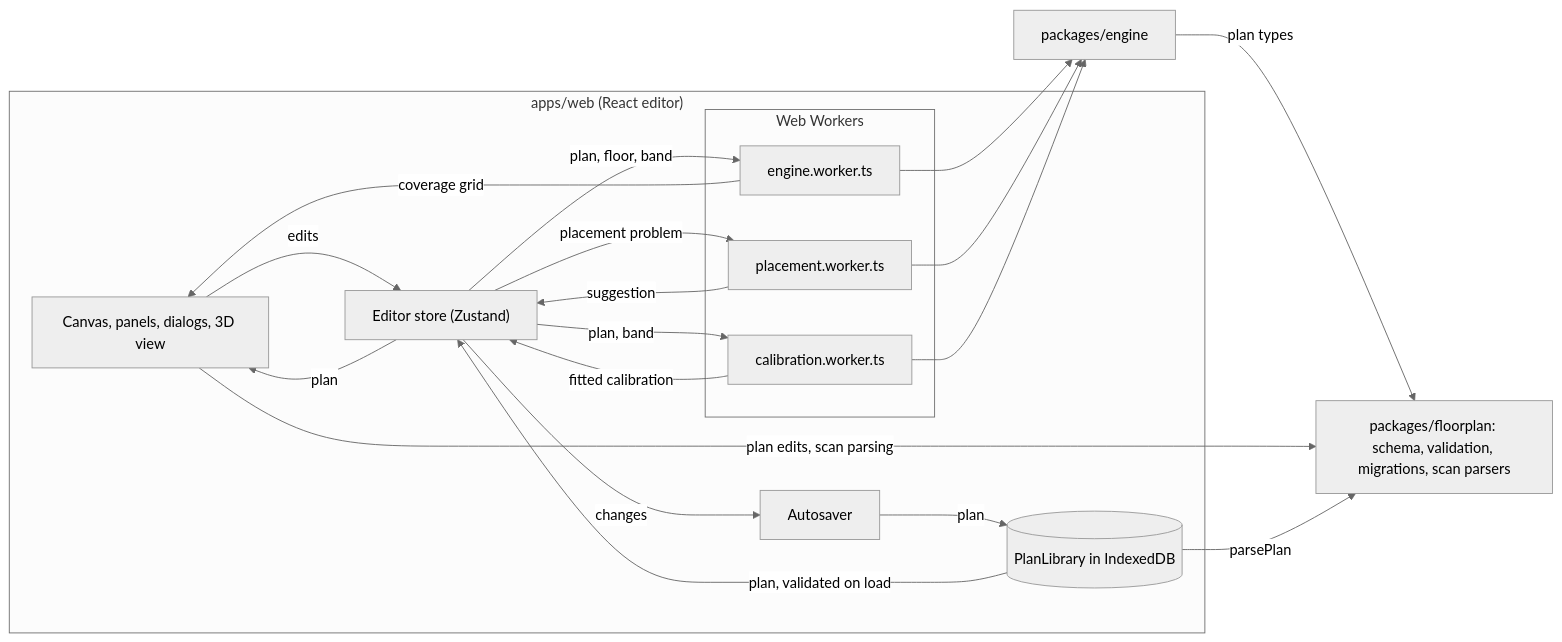
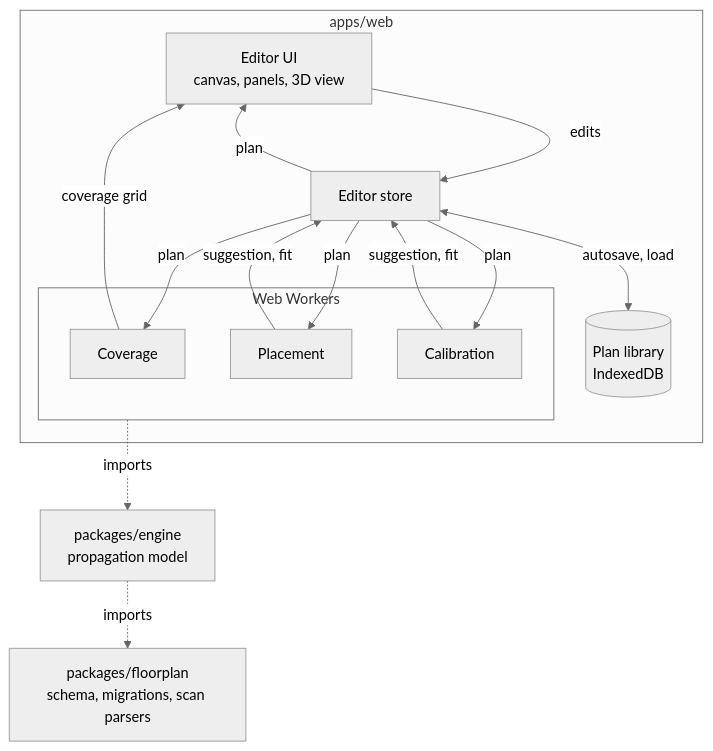
One commit to NC4321/SignalPlan changed the diagram in README.md. Above: the diagram before and after it, drawn with Mermaid (neutral theme). The commit also changed other lines of this file and 4 other files, not shown here.

First line of the commit message:
docs: fix the readme architecture, roadmap and wording after review (D95)

````diff
--- a/README.md
+++ b/README.md
@@ -154,34 +142,24 @@
 ```mermaid
-flowchart LR
-  subgraph web["apps/web (React editor)"]
-    ui["Canvas, panels, dialogs, 3D view"]
-    store["Editor store (Zustand)"]
-    saver["Autosaver"]
-    lib[("PlanLibrary in IndexedDB")]
+flowchart TB
+  subgraph web["apps/web"]
+    ui["Editor UI<br>canvas, panels, 3D view"]
+    store["Editor store"]
+    lib[("Plan library<br>IndexedDB")]
     subgraph workers["Web Workers"]
-      cw["engine.worker.ts"]
-      pw["placement.worker.ts"]
-      kw["calibration.worker.ts"]
+      cw["Coverage"]
+      pw["Placement"]
+      kw["Calibration"]
     end
   end
-  engine["packages/engine"]
-  fp["packages/floorplan: schema, validation, migrations, scan parsers"]
+  engine["packages/engine<br>propagation model"]
+  fp["packages/floorplan<br>schema, migrations, scan parsers"]
 
   ui -->|edits| store
   store -->|plan| ui
-  store -->|changes| saver
-  saver -->|plan| lib
-  lib -->|plan, validated on load| store
-  store -->|plan, floor, band| cw
+  store <-->|autosave, load| lib
+  store -->|plan| cw & pw & kw
   cw -->|coverage grid| ui
-  store -->|placement problem| pw
-  pw -->|suggestion| store
-  store -->|plan, band| kw
-  kw -->|fitted calibration| store
-  cw --> engine
-  pw --> engine
-  kw --> engine
-  engine -->|plan types| fp
-  ui -->|plan edits, scan parsing| fp
-  lib -->|parsePlan| fp
+  pw & kw -->|suggestion, fit| store
+  workers -.->|imports| engine
+  engine -.->|imports| fp
 ```
````
